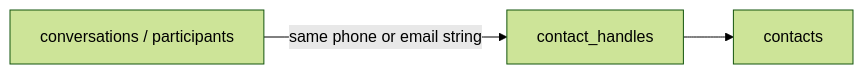
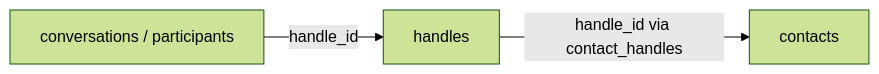
Before and after one commit to bitrealm-dev/message-vault: the second of 2 diagrams in docs/src/content/docs/reference/database.md, drawn with Mermaid (forest theme). The commit also changed other lines of this file, not shown here.

First line of the commit message:
docs: document handles table and handle_id foreign keys in database reference

````diff
--- a/docs/src/content/docs/reference/database.md
+++ b/docs/src/content/docs/reference/database.md
@@ -77,5 +103,5 @@
 ```mermaid
 flowchart LR
-  chat["conversations / participants"] -->|"same phone or email string"| book["contact_handles"]
-  book --> person["contacts"]
+  chat["conversations / participants"] -->|"handle_id"| h["handles"]
+  h -->|"handle_id via contact_handles"| person["contacts"]
 ```
````
